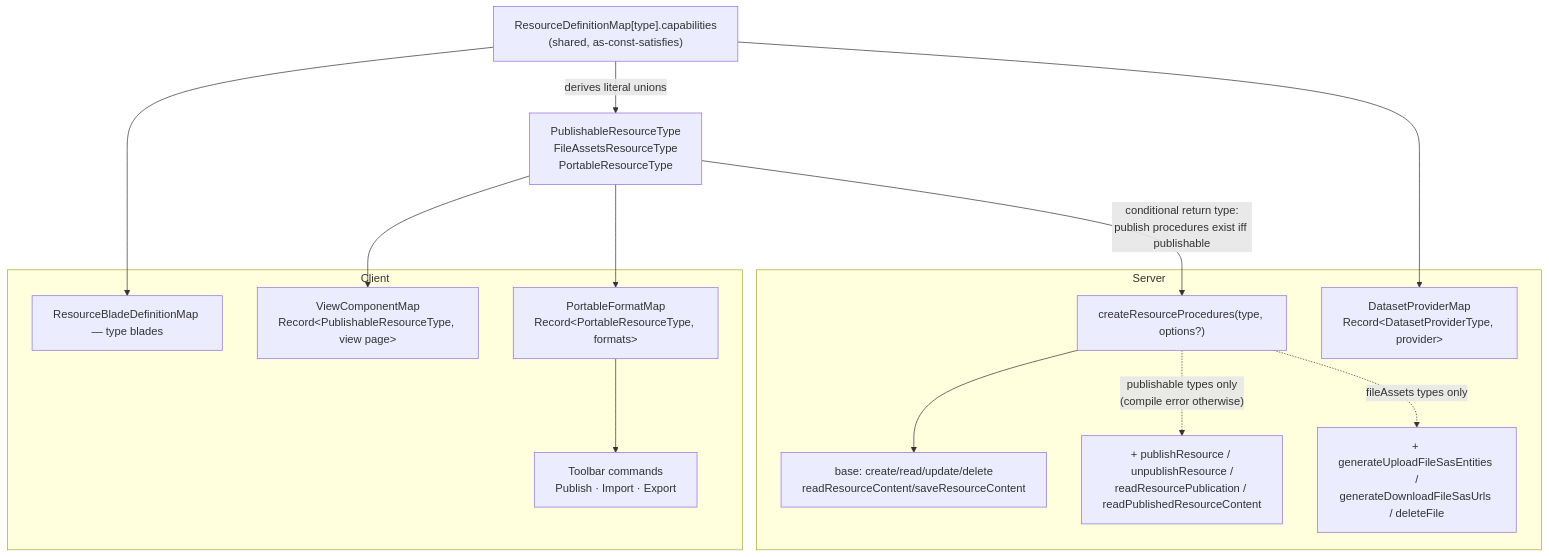
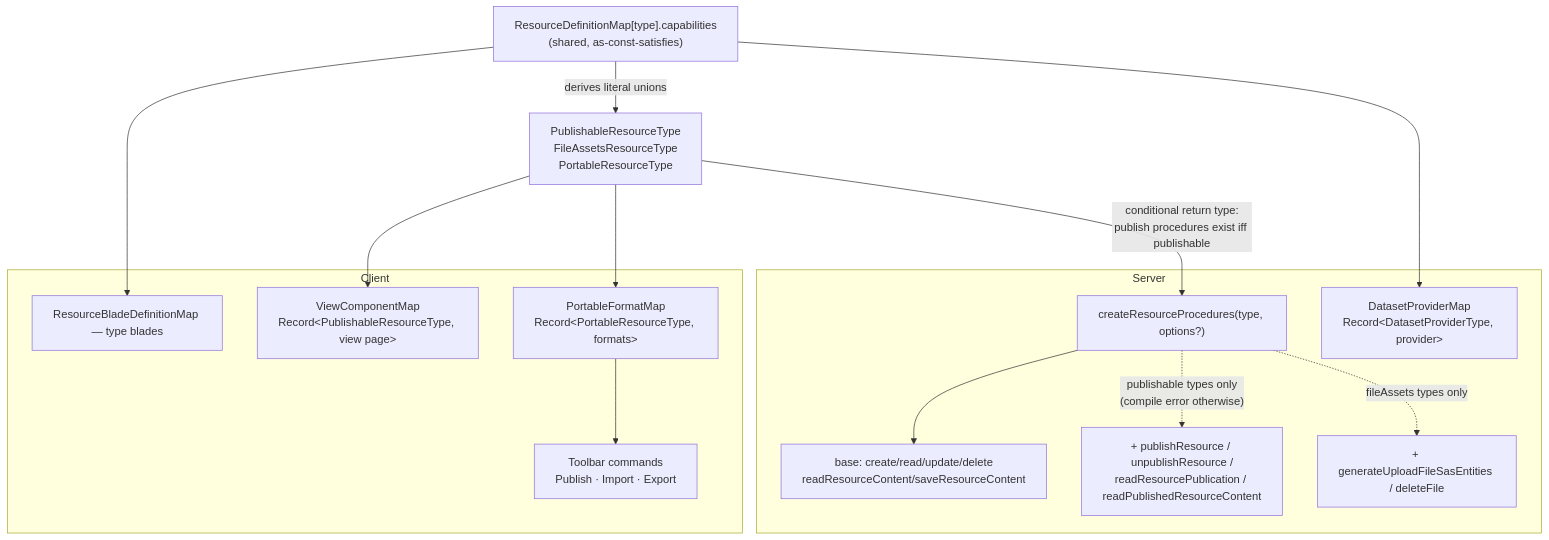
The second of 2 diagrams in packages/app/content/docs/architecture/resources.md (Esposter/Esposter), drawn with Mermaid before and after one commit. The commit also changed 8 other files, not shown here.

````diff
--- a/packages/app/content/docs/architecture/resources.md
+++ b/packages/app/content/docs/architecture/resources.md
@@ -102,31 +102,31 @@
 ```mermaid
 flowchart TB
   DEF["ResourceDefinitionMap[type].capabilities<br/>(shared, as-const-satisfies)"]
 
   DEF -->|"derives literal unions"| UNIONS["PublishableResourceType<br/>FileAssetsResourceType<br/>PortableResourceType"]
 
   subgraph server [Server]
     FACTORY["createResourceProcedures(type, options?)"]
     BASE["base: create/read/update/delete<br/>readResourceContent/saveResourceContent"]
     PUBP["+ publishResource / unpublishResource /<br/>readResourcePublication / readPublishedResourceContent"]
-    FAP["+ generateUploadFileSasEntities /<br/>generateDownloadFileSasUrls / deleteFile"]
+    FAP["+ generateUploadFileSasEntities / deleteFile"]
     DPM["DatasetProviderMap<br/>Record&lt;DatasetProviderType, provider&gt;"]
   end
 
   subgraph client [Client]
     BLADES["ResourceBladeDefinitionMap — type blades"]
     CMDS["Toolbar commands<br/>Publish · Import · Export"]
     VIEWS["ViewComponentMap<br/>Record&lt;PublishableResourceType, view page&gt;"]
     FMT["PortableFormatMap<br/>Record&lt;PortableResourceType, formats&gt;"]
   end
 
   UNIONS -->|"conditional return type:<br/>publish procedures exist iff publishable"| FACTORY
   FACTORY --> BASE
   FACTORY -.->|"publishable types only<br/>(compile error otherwise)"| PUBP
   FACTORY -.->|"fileAssets types only"| FAP
   UNIONS --> VIEWS
   UNIONS --> FMT
   FMT --> CMDS
   DEF --> DPM
   DEF --> BLADES
 ```
````
